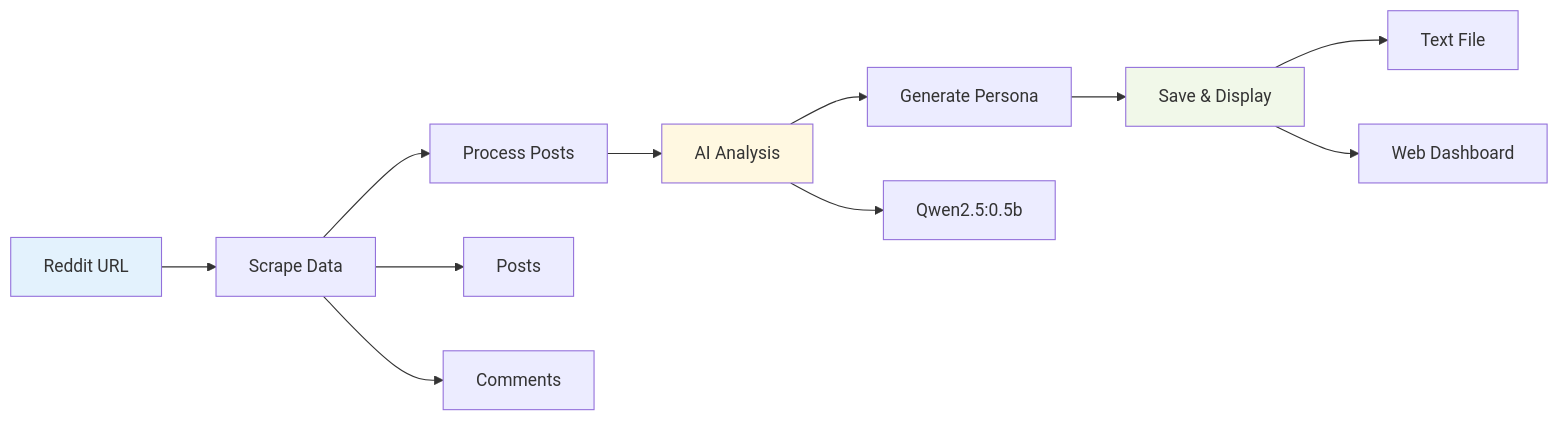
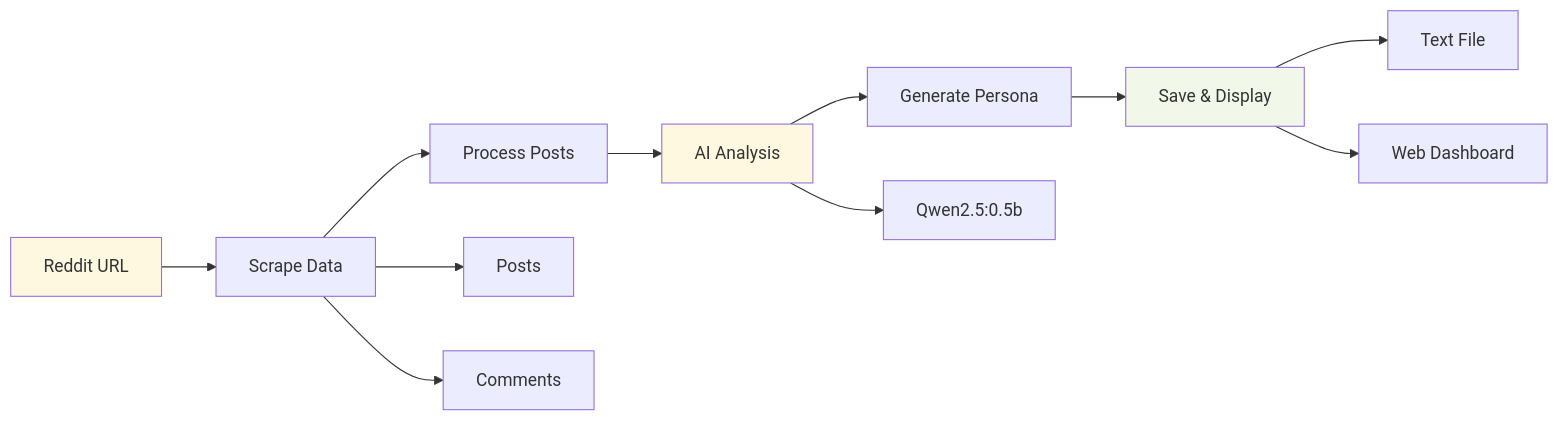
The diagram in README.md (mitumitesh04/Reddit-persona-generator), drawn with Mermaid before and after one commit.

````diff
--- a/README.md
+++ b/README.md
@@ -48,20 +48,20 @@
 ```mermaid
 flowchart LR
     A[Reddit URL] --> B[Scrape Data]
     B --> C[Process Posts]
     C --> D[AI Analysis]
     D --> E[Generate Persona]
     E --> F[Save & Display]
     
     B --> B1[Posts]
     B --> B2[Comments]
     
     D --> D1[Qwen2.5:0.5b]
     
     F --> F1[Text File]
     F --> F2[Web Dashboard]
     
-    style A fill:#e3f2fd
+    style A fill:#fff8e1
     style D fill:#fff8e1
     style F fill:#f1f8e9
 ```
````
